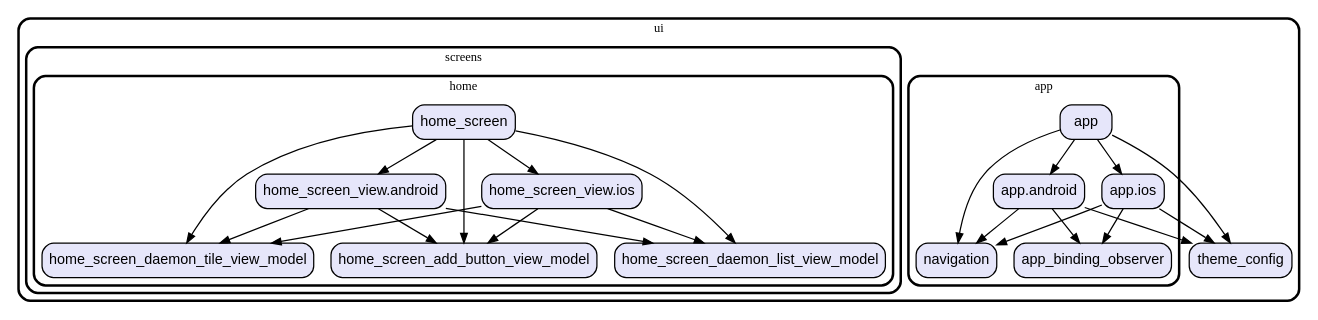
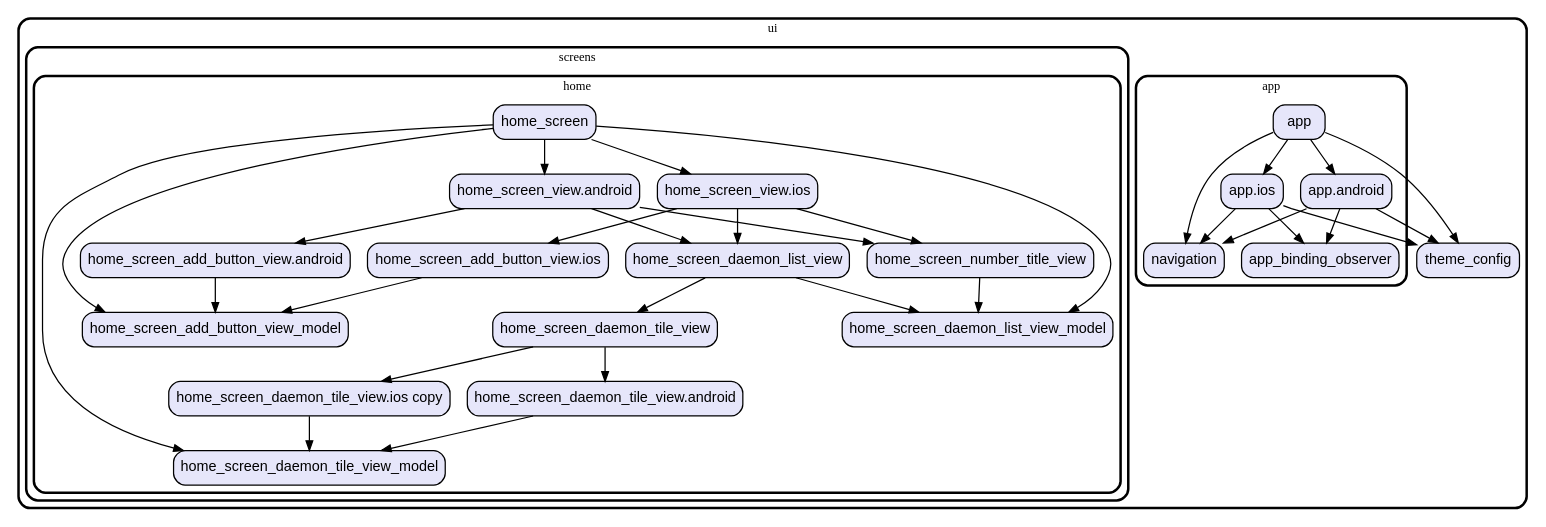
Before and after one commit to gev/reacthome-mobile: the diagram in graph/lib/ui.dot, drawn with Graphviz. The commit also changed 3 other files, not shown here.

Commit message:
update the dependencies graph

```diff
--- a/graph/lib/ui.dot
+++ b/graph/lib/ui.dot
@@ -1,62 +1,85 @@
 digraph "" {
   graph [style=rounded fontname="Arial Black" fontsize=13 penwidth=2.6];
   node [shape=rect style="filled,rounded" fontname=Arial fontsize=15 fillcolor=Lavender penwidth=1.3];
   edge [penwidth=1.3];
   "/app/app.android.dart" [label="app.android"];
   "/app/app_binding_observer.dart" [label="app_binding_observer"];
   "/app/app.ios.dart" [label="app.ios"];
   "/app/navigation.dart" [label="navigation"];
   "/app/app.dart" [label="app"];
+  "/screens/home/home_screen_daemon_tile_view.ios copy.dart" [label="home_screen_daemon_tile_view.ios copy"];
+  "/screens/home/home_screen_number_title_view.dart" [label="home_screen_number_title_view"];
   "/screens/home/home_screen_add_button_view_model.dart" [label="home_screen_add_button_view_model"];
+  "/screens/home/home_screen_add_button_view.android.dart" [label="home_screen_add_button_view.android"];
   "/screens/home/home_screen_view.android.dart" [label="home_screen_view.android"];
   "/screens/home/home_screen_view.ios.dart" [label="home_screen_view.ios"];
   "/screens/home/home_screen_daemon_tile_view_model.dart" [label="home_screen_daemon_tile_view_model"];
   "/screens/home/home_screen_daemon_list_view_model.dart" [label="home_screen_daemon_list_view_model"];
+  "/screens/home/home_screen_daemon_tile_view.android.dart" [label="home_screen_daemon_tile_view.android"];
+  "/screens/home/home_screen_daemon_list_view.dart" [label="home_screen_daemon_list_view"];
   "/screens/home/home_screen.dart" [label="home_screen"];
+  "/screens/home/home_screen_add_button_view.ios.dart" [label="home_screen_add_button_view.ios"];
+  "/screens/home/home_screen_daemon_tile_view.dart" [label="home_screen_daemon_tile_view"];
   "/theme_config.dart" [label="theme_config"];
   subgraph "cluster~" {
     label="ui";
     "/theme_config.dart";
     subgraph "cluster~/app" {
       label="app";
       "/app/app.android.dart";
       "/app/app_binding_observer.dart";
       "/app/app.ios.dart";
       "/app/navigation.dart";
       "/app/app.dart";
     }
     subgraph "cluster~/screens" {
       label="screens";
       subgraph "cluster~/screens/home" {
         label="home";
+        "/screens/home/home_screen_daemon_tile_view.ios copy.dart";
+        "/screens/home/home_screen_number_title_view.dart";
         "/screens/home/home_screen_add_button_view_model.dart";
+        "/screens/home/home_screen_add_button_view.android.dart";
         "/screens/home/home_screen_view.android.dart";
         "/screens/home/home_screen_view.ios.dart";
         "/screens/home/home_screen_daemon_tile_view_model.dart";
         "/screens/home/home_screen_daemon_list_view_model.dart";
+        "/screens/home/home_screen_daemon_tile_view.android.dart";
+        "/screens/home/home_screen_daemon_list_view.dart";
         "/screens/home/home_screen.dart";
+        "/screens/home/home_screen_add_button_view.ios.dart";
+        "/screens/home/home_screen_daemon_tile_view.dart";
       }
     }
   }
   "/app/app.android.dart" -> "/app/app_binding_observer.dart";
   "/app/app.android.dart" -> "/app/navigation.dart";
   "/app/app.android.dart" -> "/theme_config.dart";
   "/app/app.ios.dart" -> "/app/app_binding_observer.dart";
   "/app/app.ios.dart" -> "/app/navigation.dart";
   "/app/app.ios.dart" -> "/theme_config.dart";
   "/app/app.dart" -> "/app/app.android.dart";
   "/app/app.dart" -> "/app/app.ios.dart";
   "/app/app.dart" -> "/app/navigation.dart";
   "/app/app.dart" -> "/theme_config.dart";
-  "/screens/home/home_screen_view.android.dart" -> "/screens/home/home_screen_add_button_view_model.dart";
-  "/screens/home/home_screen_view.android.dart" -> "/screens/home/home_screen_daemon_tile_view_model.dart";
-  "/screens/home/home_screen_view.android.dart" -> "/screens/home/home_screen_daemon_list_view_model.dart";
-  "/screens/home/home_screen_view.ios.dart" -> "/screens/home/home_screen_add_button_view_model.dart";
-  "/screens/home/home_screen_view.ios.dart" -> "/screens/home/home_screen_daemon_tile_view_model.dart";
-  "/screens/home/home_screen_view.ios.dart" -> "/screens/home/home_screen_daemon_list_view_model.dart";
+  "/screens/home/home_screen_daemon_tile_view.ios copy.dart" -> "/screens/home/home_screen_daemon_tile_view_model.dart";
+  "/screens/home/home_screen_number_title_view.dart" -> "/screens/home/home_screen_daemon_list_view_model.dart";
+  "/screens/home/home_screen_add_button_view.android.dart" -> "/screens/home/home_screen_add_button_view_model.dart";
+  "/screens/home/home_screen_view.android.dart" -> "/screens/home/home_screen_add_button_view.android.dart";
+  "/screens/home/home_screen_view.android.dart" -> "/screens/home/home_screen_daemon_list_view.dart";
+  "/screens/home/home_screen_view.android.dart" -> "/screens/home/home_screen_number_title_view.dart";
+  "/screens/home/home_screen_view.ios.dart" -> "/screens/home/home_screen_add_button_view.ios.dart";
+  "/screens/home/home_screen_view.ios.dart" -> "/screens/home/home_screen_daemon_list_view.dart";
+  "/screens/home/home_screen_view.ios.dart" -> "/screens/home/home_screen_number_title_view.dart";
+  "/screens/home/home_screen_daemon_tile_view.android.dart" -> "/screens/home/home_screen_daemon_tile_view_model.dart";
+  "/screens/home/home_screen_daemon_list_view.dart" -> "/screens/home/home_screen_daemon_list_view_model.dart";
+  "/screens/home/home_screen_daemon_list_view.dart" -> "/screens/home/home_screen_daemon_tile_view.dart";
   "/screens/home/home_screen.dart" -> "/screens/home/home_screen_add_button_view_model.dart";
   "/screens/home/home_screen.dart" -> "/screens/home/home_screen_daemon_list_view_model.dart";
   "/screens/home/home_screen.dart" -> "/screens/home/home_screen_daemon_tile_view_model.dart";
   "/screens/home/home_screen.dart" -> "/screens/home/home_screen_view.android.dart";
   "/screens/home/home_screen.dart" -> "/screens/home/home_screen_view.ios.dart";
+  "/screens/home/home_screen_add_button_view.ios.dart" -> "/screens/home/home_screen_add_button_view_model.dart";
+  "/screens/home/home_screen_daemon_tile_view.dart" -> "/screens/home/home_screen_daemon_tile_view.android.dart";
+  "/screens/home/home_screen_daemon_tile_view.dart" -> "/screens/home/home_screen_daemon_tile_view.ios copy.dart";
 }
```
